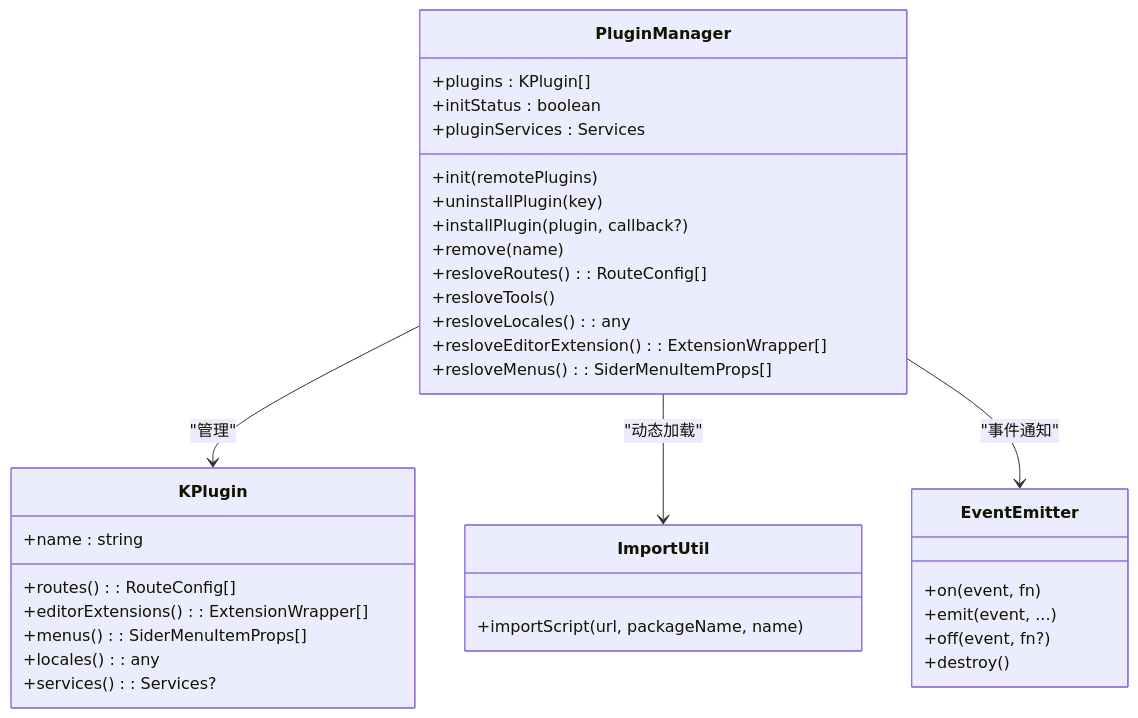
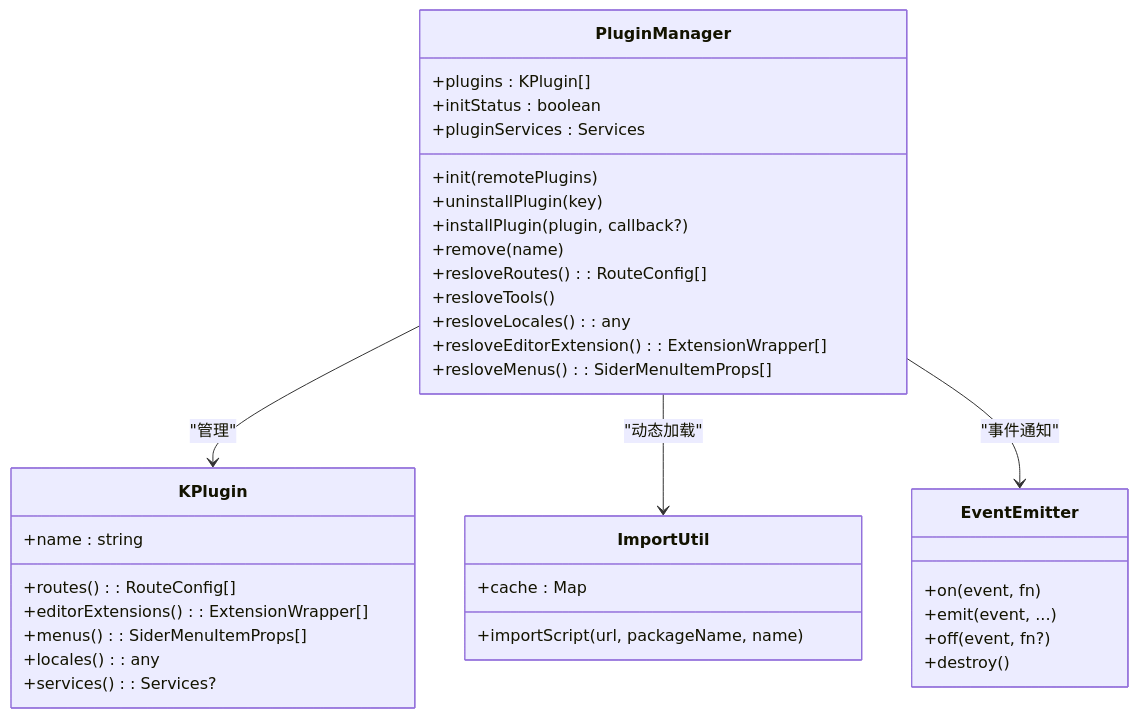
Before and after one commit to LRF0422/Kotion: the third of 15 diagrams in .qoder/repowiki/zh/content/核心模块/核心模块.md, drawn with Mermaid. The commit also changed other lines of this file and 75 other files, not shown here.

````diff
--- a/.qoder/repowiki/zh/content/核心模块/核心模块.md
+++ b/.qoder/repowiki/zh/content/核心模块/核心模块.md
@@ -181,37 +323,38 @@
 ```mermaid
 classDiagram
 class KPlugin {
 +name : string
 +routes() : RouteConfig[]
 +editorExtensions() : ExtensionWrapper[]
 +menus() : SiderMenuItemProps[]
 +locales() : any
 +services() : Services?
 }
 class PluginManager {
 +plugins : KPlugin[]
 +init(remotePlugins)
 +uninstallPlugin(key)
 +installPlugin(plugin, callback?)
 +remove(name)
 +initStatus : boolean
 +resloveRoutes() : RouteConfig[]
 +resloveTools()
 +resloveLocales() : any
 +resloveEditorExtension() : ExtensionWrapper[]
 +resloveMenus() : SiderMenuItemProps[]
 +pluginServices : Services
 }
 class ImportUtil {
 +importScript(url, packageName, name)
++cache : Map
 }
 class EventEmitter {
 +on(event, fn)
 +emit(event, ...)
 +off(event, fn?)
 +destroy()
 }
 PluginManager --> KPlugin : "管理"
 PluginManager --> ImportUtil : "动态加载"
 PluginManager --> EventEmitter : "事件通知"
 ```
````
